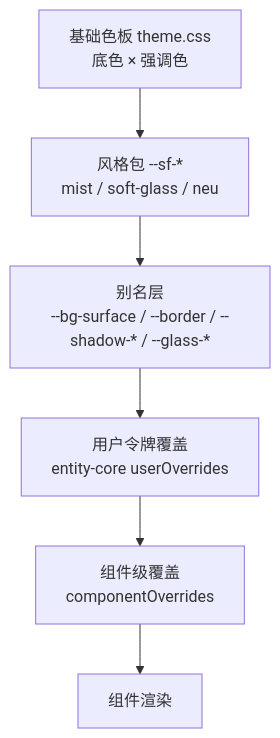
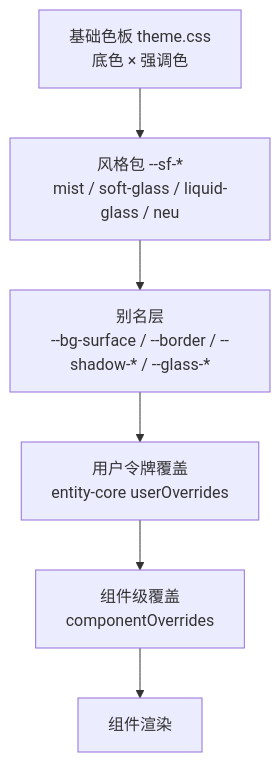
One commit to LINGTIAN303/WorldSea changed the diagram in docs/details/架构/UI风格机制.md. Above: the diagram before and after it, drawn with Mermaid. The commit also changed other lines of this file and 13 other files, not shown here.

````diff
--- a/docs/details/架构/UI风格机制.md
+++ b/docs/details/架构/UI风格机制.md
@@ -15,8 +15,8 @@
 ```mermaid
 flowchart TD
-  A["基础色板 theme.css<br/>底色 × 强调色"] --> B["风格包 --sf-*<br/>mist / soft-glass / neu"]
+  A["基础色板 theme.css<br/>底色 × 强调色"] --> B["风格包 --sf-*<br/>mist / soft-glass / liquid-glass / neu"]
   B --> C["别名层<br/>--bg-surface / --border / --shadow-* / --glass-*"]
   C --> D["用户令牌覆盖<br/>entity-core userOverrides"]
   D --> E["组件级覆盖<br/>componentOverrides"]
   E --> F["组件渲染"]
 ```
````
